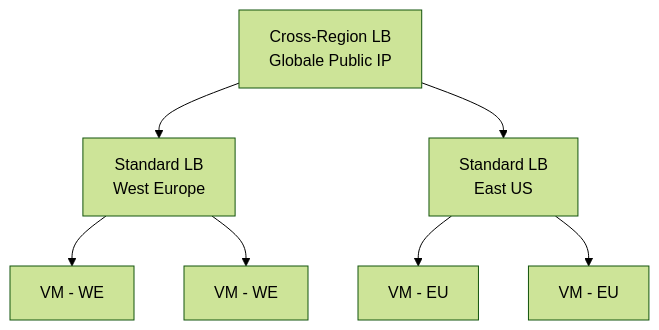
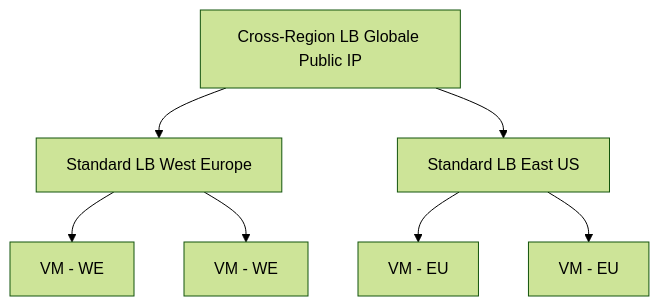
Before and after one commit to SoniiiT/notes-n-docs: the fifth of 5 diagrams in Microsoft 365/Azure/Netzwerk/Azure Load Balancer.md, drawn with Mermaid (forest theme). The commit also changed other lines of this file and 124 other files, not shown here.

First line of the commit message:
fix: Entferne \n aus allen Mermaid-Diagrammen (125 Dateien)

````diff
--- a/Microsoft 365/Azure/Netzwerk/Azure Load Balancer.md
+++ b/Microsoft 365/Azure/Netzwerk/Azure Load Balancer.md
@@ -222,7 +222,7 @@
 ```mermaid
 graph TD
-    GLOBAL[Cross-Region LB\nGlobale Public IP] --> WEST[Standard LB\nWest Europe]
-    GLOBAL --> EAST[Standard LB\nEast US]
+    GLOBAL[Cross-Region LB Globale Public IP] --> WEST[Standard LB West Europe]
+    GLOBAL --> EAST[Standard LB East US]
     WEST --> VM1[VM - WE] & VM2[VM - WE]
     EAST --> VM3[VM - EU] & VM4[VM - EU]
 ```
````
